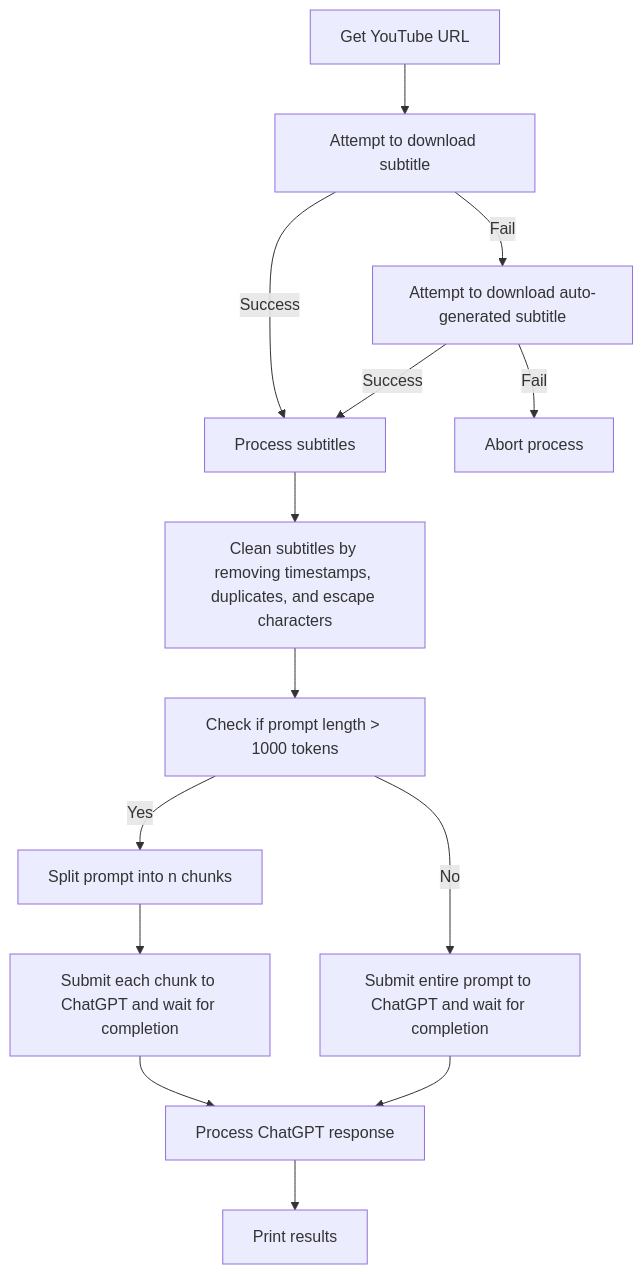
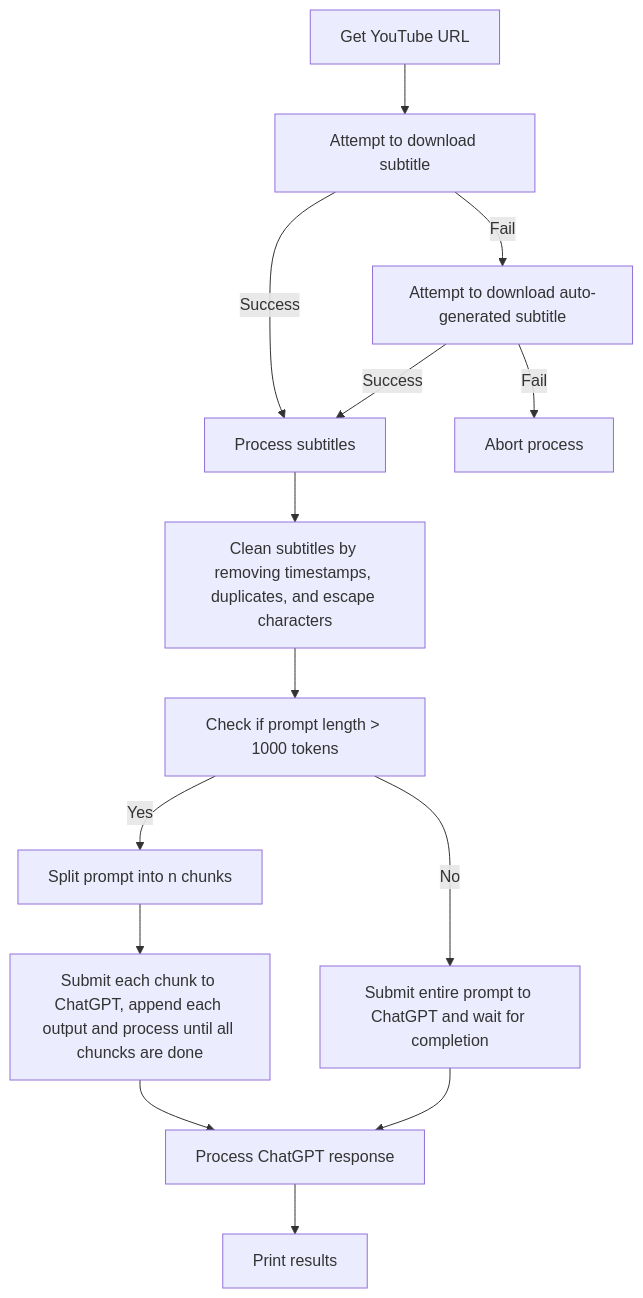
One commit to fmeyer/tldw changed the diagram in README.md. Above: the diagram before and after it, drawn with Mermaid. The commit also changed 2 other files, not shown here.

Commit message:
chore: update readme/bump version

````diff
--- a/README.md
+++ b/README.md
@@ -34,16 +34,16 @@
 ```mermaid
 graph TD
     A[Get YouTube URL] --> B[Attempt to download subtitle]
     B -->|Fail| C[Attempt to download auto-generated subtitle]
     B -->|Success| D[Process subtitles]
     C -->|Fail| E[Abort process]
     C -->|Success| D[Process subtitles]
     D --> F[Clean subtitles by removing timestamps, duplicates, and escape characters]
     F --> G[Check if prompt length > 1000 tokens]
     G -->|Yes| H[Split prompt into n chunks]
-    H --> I[Submit each chunk to ChatGPT and wait for completion]
+    H --> I[Submit each chunk to ChatGPT, append each output and process until all chuncks are done]
     G -->|No| J[Submit entire prompt to ChatGPT and wait for completion]
     I --> K[Combine and process ChatGPT responses]
     J --> K[Process ChatGPT response]
     K --> L[Print results]
 ```
````
